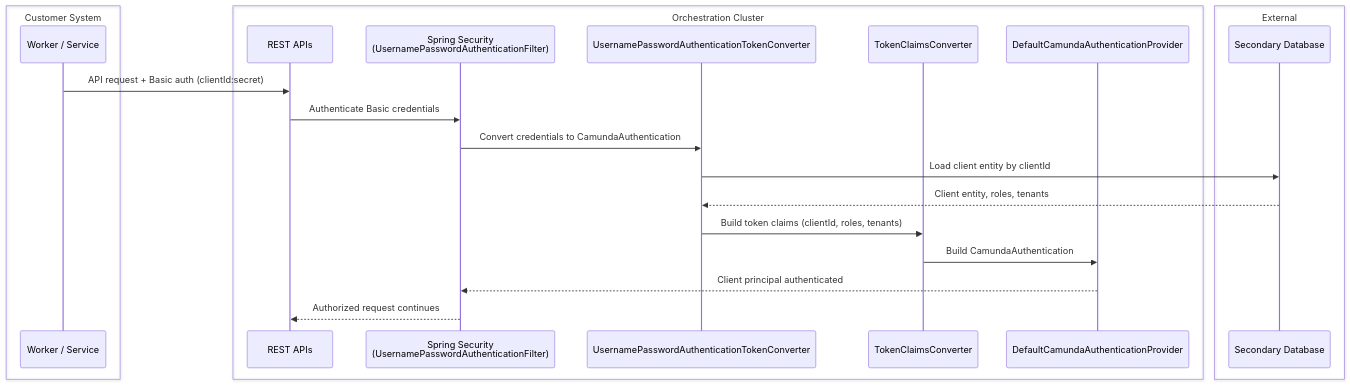
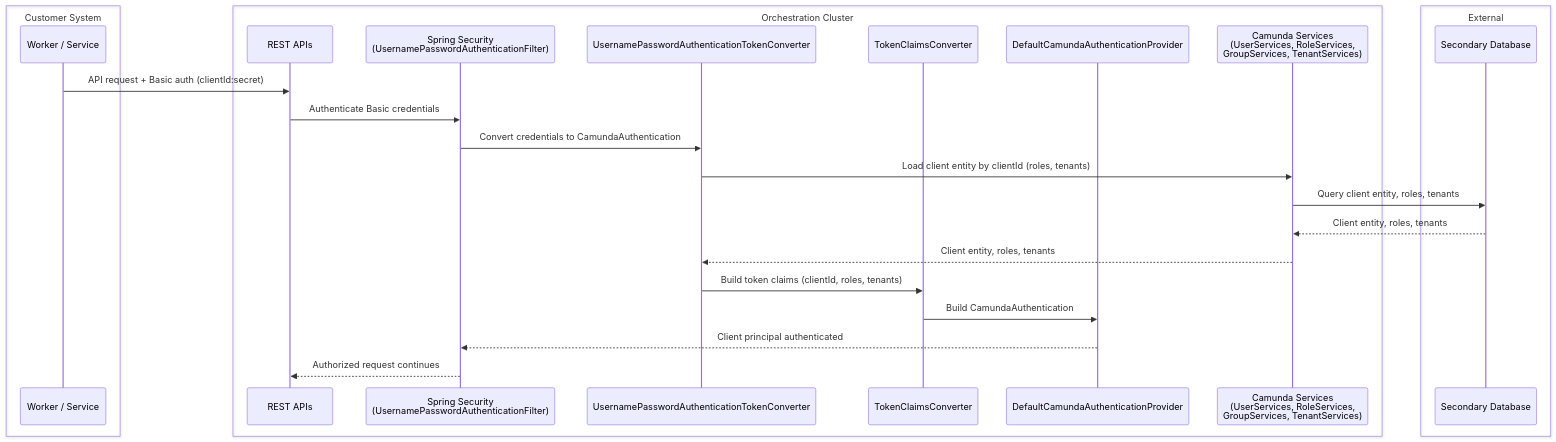
One commit to camunda/camunda changed diagram 13 of 17 in docs/identity/architecture-documentation.md. Above: the diagram before and after it, drawn with Mermaid. The commit also changed other lines of this file and 4 other files, not shown here.

Commit message:
docs: update identity arc42 architecture documentation based on review

````diff
--- a/docs/identity/architecture-documentation.md
+++ b/docs/identity/architecture-documentation.md
@@ -607,26 +673,29 @@
 ```mermaid
 sequenceDiagram
   box Customer System
     participant WORKER as Worker / Service
   end
   box Orchestration Cluster
     participant REST as REST APIs
     participant SS as Spring Security<br/>(UsernamePasswordAuthenticationFilter)
     participant BASIC_CONV as UsernamePasswordAuthenticationTokenConverter
     participant CLAIMS as TokenClaimsConverter
     participant AUTHN_PROVIDER as DefaultCamundaAuthenticationProvider
+    participant CAMUNDA_SERVICES as Camunda Services<br/>(UserServices, RoleServices,<br/>GroupServices, TenantServices)
   end
   box External
     participant SECONDARY_DB as Secondary Database
   end
 
   WORKER->>REST: API request + Basic auth (clientId:secret)
   REST->>SS: Authenticate Basic credentials
   SS->>BASIC_CONV: Convert credentials to CamundaAuthentication
-  BASIC_CONV->>SECONDARY_DB: Load client entity by clientId
-  SECONDARY_DB-->>BASIC_CONV: Client entity, roles, tenants
+  BASIC_CONV->>CAMUNDA_SERVICES: Load client entity by clientId (roles, tenants)
+  CAMUNDA_SERVICES->>SECONDARY_DB: Query client entity, roles, tenants
+  SECONDARY_DB-->>CAMUNDA_SERVICES: Client entity, roles, tenants
+  CAMUNDA_SERVICES-->>BASIC_CONV: Client entity, roles, tenants
   BASIC_CONV->>CLAIMS: Build token claims (clientId, roles, tenants)
   CLAIMS->>AUTHN_PROVIDER: Build CamundaAuthentication
   AUTHN_PROVIDER-->>SS: Client principal authenticated
   SS-->>REST: Authorized request continues
 ```
````
